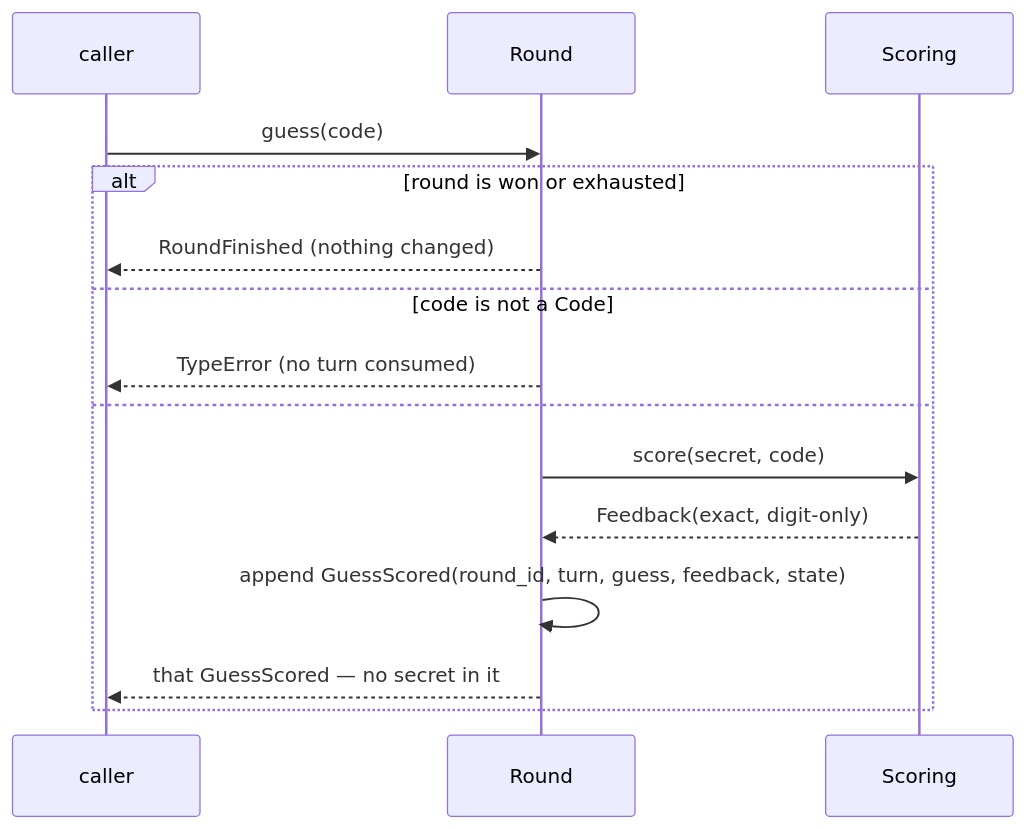
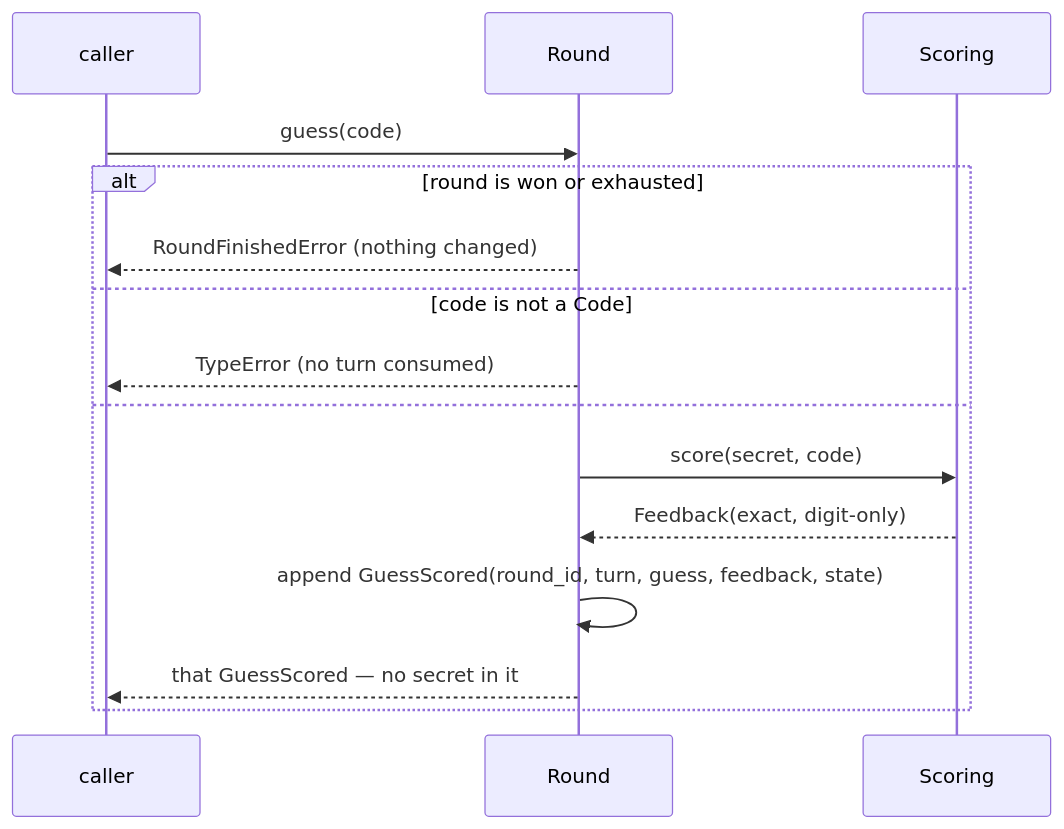
Before and after one commit to TM-59/cipher-vault: the second of 3 diagrams in docs/theory/02-round-and-layers.md, drawn with Mermaid. The commit also changed other lines of this file and 11 other files, not shown here.

````diff
--- a/docs/theory/02-round-and-layers.md
+++ b/docs/theory/02-round-and-layers.md
@@ -45,17 +45,17 @@
 ```mermaid
 sequenceDiagram
     participant P as caller
     participant R as Round
     participant S as Scoring
     P->>R: guess(code)
     alt round is won or exhausted
-        R-->>P: RoundFinished (nothing changed)
+        R-->>P: RoundFinishedError (nothing changed)
     else code is not a Code
         R-->>P: TypeError (no turn consumed)
     else
         R->>S: score(secret, code)
         S-->>R: Feedback(exact, digit-only)
         R->>R: append GuessScored(round_id, turn, guess, feedback, state)
         R-->>P: that GuessScored — no secret in it
     end
 ```
````
